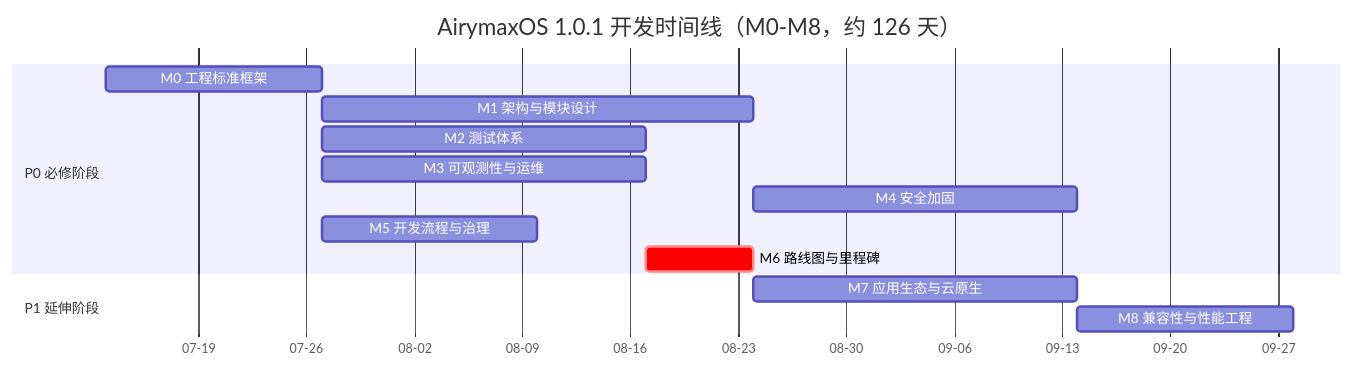
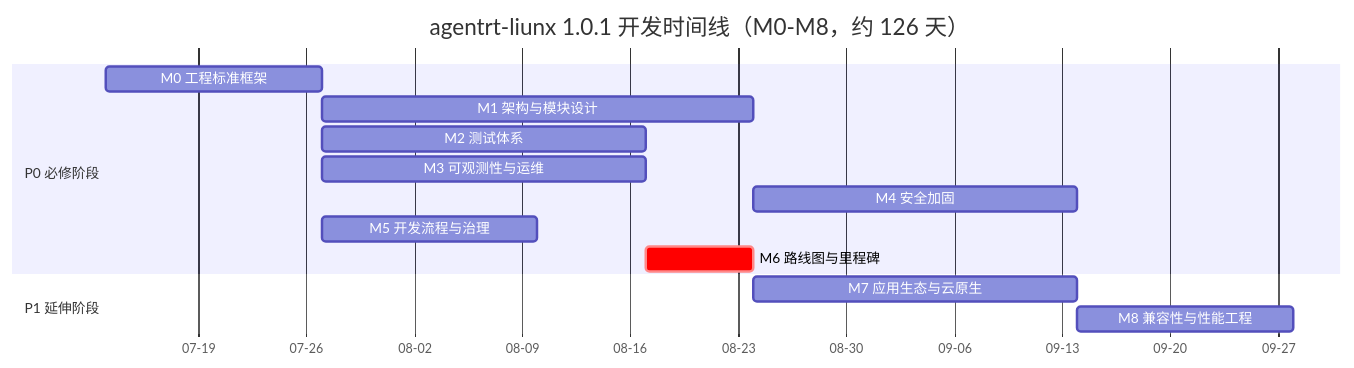
Before and after one commit to openairymax/docs: the first of 2 diagrams in AirymaxAgentOS/130-roadmap/02-milestones-and-timeline.md, drawn with Mermaid. The commit also changed other lines of this file and 99 other files, not shown here.

````diff
--- a/AirymaxAgentOS/130-roadmap/02-milestones-and-timeline.md
+++ b/AirymaxAgentOS/130-roadmap/02-milestones-and-timeline.md
@@ -43,19 +43,19 @@
 ```mermaid
 gantt
-    title AirymaxOS 1.0.1 开发时间线（M0-M8，约 126 天）
+    title agentrt-liunx 1.0.1 开发时间线（M0-M8，约 126 天）
     dateFormat YYYY-MM-DD
     axisFormat %m-%d
 
     section P0 必修阶段
     M0 工程标准框架        :m0, 2026-07-13, 14d
     M1 架构与模块设计       :m1, 2026-07-27, 28d
     M2 测试体系             :m2, after m0, 21d
     M3 可观测性与运维        :m3, after m0, 21d
     M4 安全加固             :m4, after m1, 21d
     M5 开发流程与治理        :m5, after m0, 14d
     M6 路线图与里程碑        :crit, m6, after m2, 7d
 
     section P1 延伸阶段
     M7 应用生态与云原生      :m7, after m6, 21d
     M8 兼容性与性能工程      :m8, after m7, 14d
 ```
````
